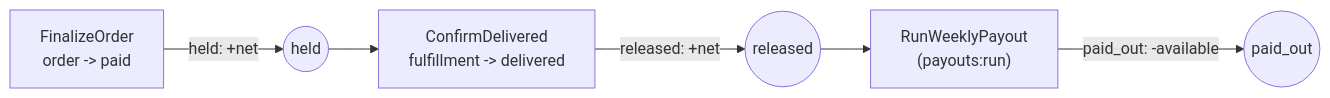
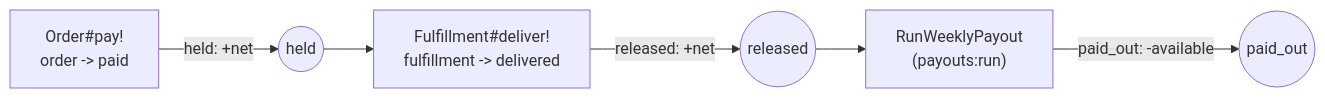
The first of 2 diagrams in prototype/rails/docs/escrow.md (jonathan-beebe/art-store), drawn with Mermaid before and after one commit. The commit also changed other lines of this file and 34 other files, not shown here.

````diff
--- a/prototype/rails/docs/escrow.md
+++ b/prototype/rails/docs/escrow.md
@@ -13,8 +13,8 @@
 ```mermaid
 flowchart LR
-    finalize["FinalizeOrder\norder -> paid"] -->|"held: +net"| held(("held"))
-    held --> confirm["ConfirmDelivered\nfulfillment -> delivered"]
+    finalize["Order#pay!\norder -> paid"] -->|"held: +net"| held(("held"))
+    held --> confirm["Fulfillment#deliver!\nfulfillment -> delivered"]
     confirm -->|"released: +net"| released(("released"))
     released --> run["RunWeeklyPayout\n(payouts:run)"]
     run -->|"paid_out: -available"| paidout(("paid_out"))
 ```
````
